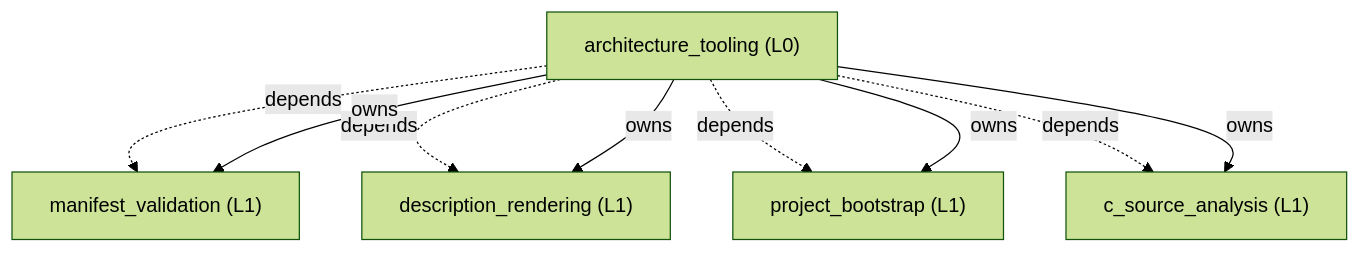
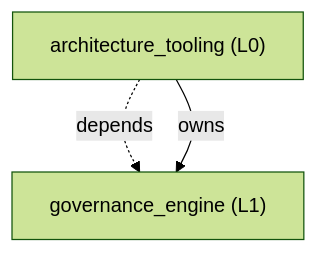
Before and after one commit to ShinWeiPeng/skills: the first of 2 diagrams in plugins/governed-engineering-skills/skills/govern-modular-event-architecture/architecture/generated/architecture_tooling.md, drawn with Mermaid (forest theme). The commit also changed other lines of this file and 117 other files, not shown here.

````diff
--- a/plugins/governed-engineering-skills/skills/govern-modular-event-architecture/architecture/generated/architecture_tooling.md
+++ b/plugins/governed-engineering-skills/skills/govern-modular-event-architecture/architecture/generated/architecture_tooling.md
@@ -7,16 +7,7 @@
 ```mermaid
 flowchart TD
     n_architecture_tooling["architecture_tooling (L0)"]
-    n_manifest_validation["manifest_validation (L1)"]
-    n_description_rendering["description_rendering (L1)"]
-    n_project_bootstrap["project_bootstrap (L1)"]
-    n_c_source_analysis["c_source_analysis (L1)"]
-    n_architecture_tooling -.->|depends| n_manifest_validation
-    n_architecture_tooling -.->|depends| n_description_rendering
-    n_architecture_tooling -.->|depends| n_project_bootstrap
-    n_architecture_tooling -.->|depends| n_c_source_analysis
-    n_architecture_tooling -->|owns| n_manifest_validation
-    n_architecture_tooling -->|owns| n_description_rendering
-    n_architecture_tooling -->|owns| n_project_bootstrap
-    n_architecture_tooling -->|owns| n_c_source_analysis
+    n_governance_engine["governance_engine (L1)"]
+    n_architecture_tooling -.->|depends| n_governance_engine
+    n_architecture_tooling -->|owns| n_governance_engine
 ```
````
